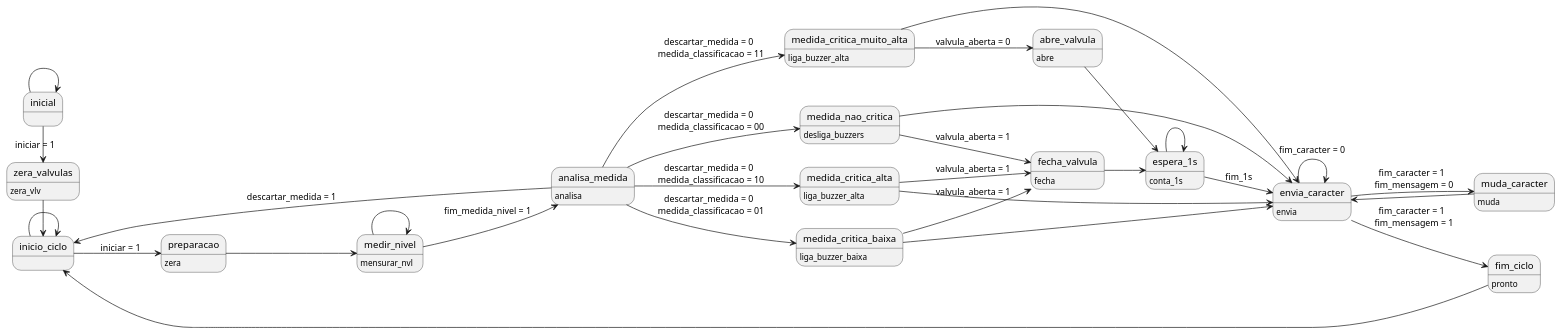
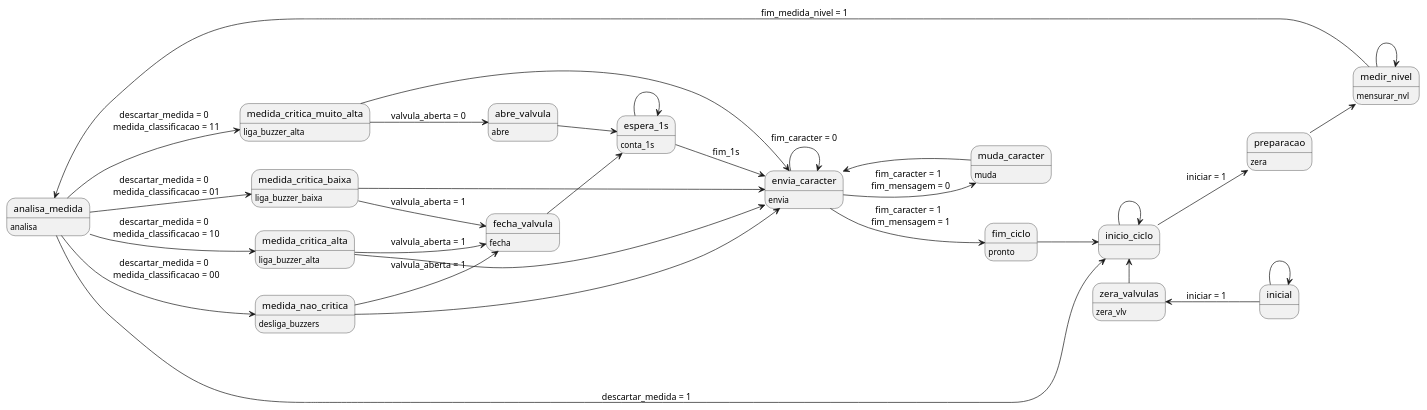
One commit to migs39/aqua changed the diagram in Projeto/statemMachine.puml. Above: the diagram before and after it, drawn with PlantUML. The commit also changed 2 other files, not shown here.

```diff
--- a/Projeto/statemMachine.puml
+++ b/Projeto/statemMachine.puml
@@ -1,51 +1,51 @@
 @startuml StateMachine
 left to right direction
 state inicial
 state zera_valvulas : zera_vlv
 state inicio_ciclo
 state preparacao : zera
 state medir_nivel : mensurar_nvl
 state analisa_medida : analisa
 state medida_critica_baixa : liga_buzzer_baixa
 state medida_critica_alta : liga_buzzer_alta
 state medida_critica_muito_alta : liga_buzzer_alta
 state medida_nao_critica : desliga_buzzers
 state abre_valvula : abre
 state fecha_valvula : fecha
 state espera_1s : conta_1s
 state envia_caracter : envia
 state muda_caracter : muda
 state fim_ciclo : pronto
 
 inicial --> inicial
-inicial -right-> zera_valvulas : iniciar = 1
-zera_valvulas -right-> inicio_ciclo
+inicial -up-> zera_valvulas : iniciar = 1
+zera_valvulas -left-> inicio_ciclo
 inicio_ciclo --> inicio_ciclo
 inicio_ciclo --> preparacao : iniciar = 1
 preparacao --> medir_nivel
 medir_nivel --> medir_nivel
-medir_nivel --> analisa_medida : fim_medida_nivel = 1
+medir_nivel -left-> analisa_medida : fim_medida_nivel = 1
 analisa_medida --> inicio_ciclo : descartar_medida = 1
 analisa_medida --> medida_nao_critica : descartar_medida = 0 \n medida_classificacao = 00
 analisa_medida --> medida_critica_baixa : descartar_medida = 0 \n medida_classificacao = 01
 analisa_medida --> medida_critica_alta : descartar_medida = 0 \n medida_classificacao = 10
 analisa_medida -right-> medida_critica_muito_alta : descartar_medida = 0 \n medida_classificacao = 11
 medida_nao_critica --> fecha_valvula : valvula_aberta = 1
 medida_critica_alta --> fecha_valvula : valvula_aberta = 1
 medida_critica_baixa --> fecha_valvula : valvula_aberta = 1
 medida_critica_muito_alta --> abre_valvula : valvula_aberta = 0
 abre_valvula --> espera_1s
 fecha_valvula --> espera_1s
 espera_1s --> espera_1s
 espera_1s --> envia_caracter : fim_1s 
 medida_nao_critica --> envia_caracter
 medida_critica_alta --> envia_caracter
 medida_critica_baixa --> envia_caracter
 medida_critica_muito_alta --> envia_caracter
 envia_caracter --> envia_caracter : fim_caracter = 0
 envia_caracter --> muda_caracter : fim_caracter = 1 \n fim_mensagem = 0
 muda_caracter --> envia_caracter
 envia_caracter --> fim_ciclo : fim_caracter = 1 \n fim_mensagem = 1
 fim_ciclo --> inicio_ciclo
 
 @enduml
```
